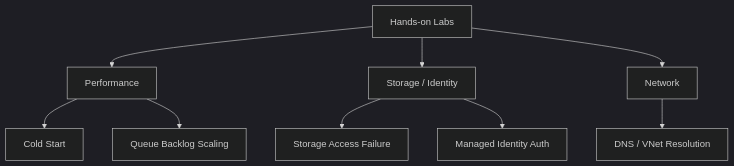
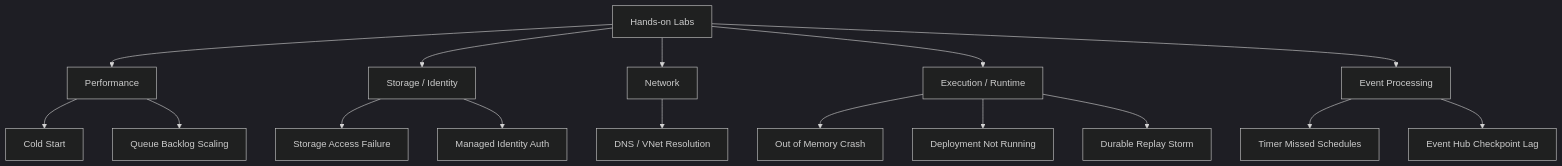
Before and after one commit to yeongseon/azure-functions-practical-guide: the diagram in docs/troubleshooting/lab-guides.md, drawn with Mermaid (dark theme). The commit also changed other lines of this file and 30 other files, not shown here.

````diff
--- a/docs/troubleshooting/lab-guides.md
+++ b/docs/troubleshooting/lab-guides.md
@@ -6,11 +6,18 @@
 ```mermaid
 graph TD
     A[Hands-on Labs] --> B[Performance]
     A --> C[Storage / Identity]
     A --> D[Network]
-    B --> E[Cold Start]
-    B --> F[Queue Backlog Scaling]
-    C --> G[Storage Access Failure]
-    C --> H[Managed Identity Auth]
-    D --> I[DNS / VNet Resolution]
+    A --> E[Execution / Runtime]
+    A --> F[Event Processing]
+    B --> B1[Cold Start]
+    B --> B2[Queue Backlog Scaling]
+    C --> C1[Storage Access Failure]
+    C --> C2[Managed Identity Auth]
+    D --> D1[DNS / VNet Resolution]
+    E --> E1[Out of Memory Crash]
+    E --> E2[Deployment Not Running]
+    E --> E3[Durable Replay Storm]
+    F --> F1[Timer Missed Schedules]
+    F --> F2[Event Hub Checkpoint Lag]
 ```
````
